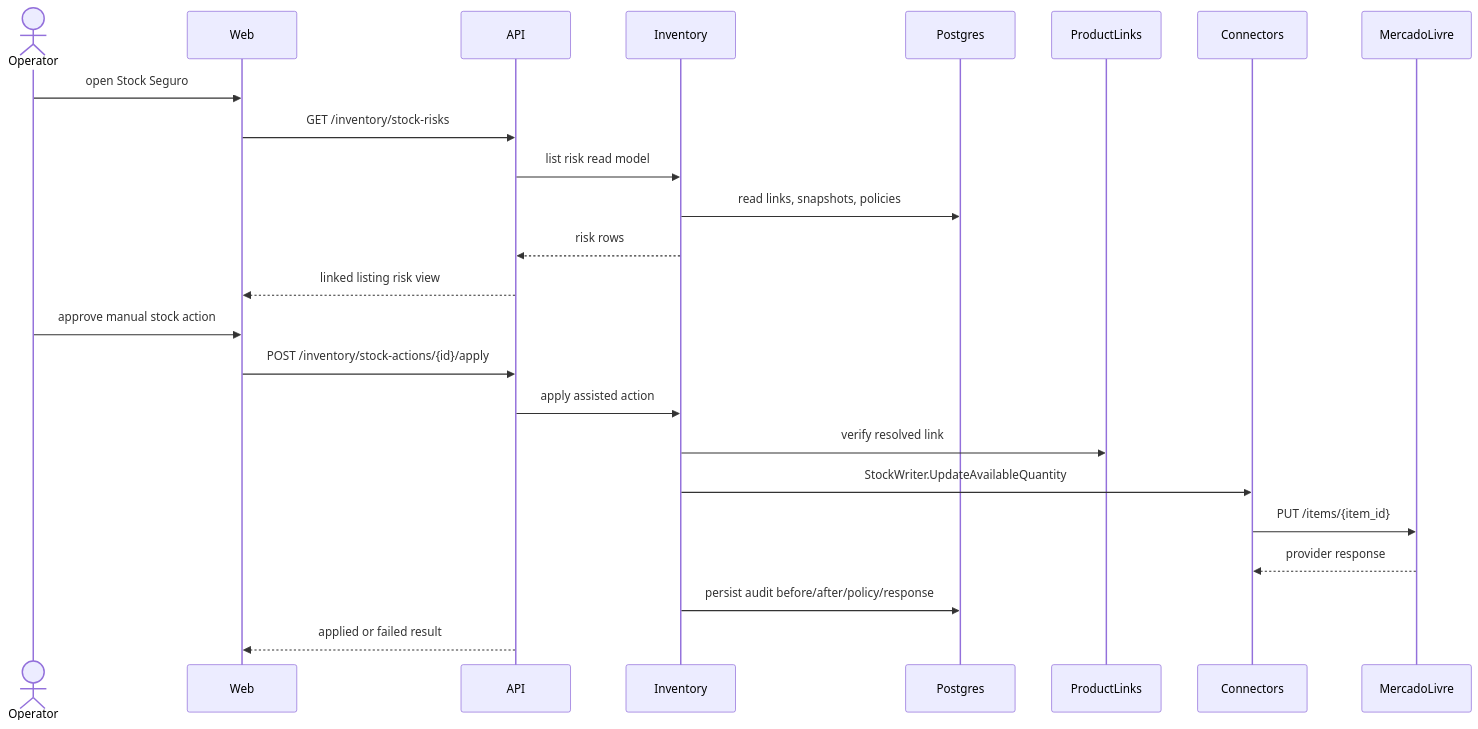
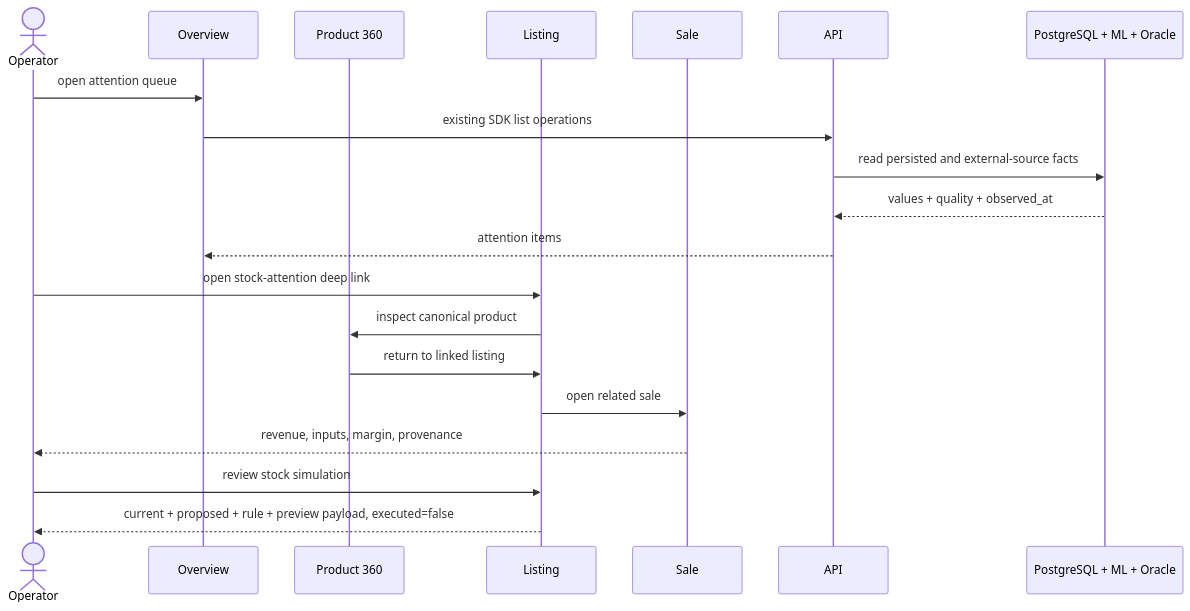
Before and after one commit to developmentconexus-ops/marketplace-central: the second of 4 diagrams in .mnfs/MIS-001-mercado-livre-operating-cockpit/architecture-map.md, drawn with Mermaid. The commit also changed other lines of this file and 26 other files, not shown here.

Commit message:
docs(mnfs): ready MVP roadmap

````diff
--- a/.mnfs/MIS-001-mercado-livre-operating-cockpit/architecture-map.md
+++ b/.mnfs/MIS-001-mercado-livre-operating-cockpit/architecture-map.md
@@ -34,19 +34,22 @@
 ```mermaid
 sequenceDiagram
   actor Operator
-  Operator->>Web: open Stock Seguro
-  Web->>API: GET /inventory/stock-risks
-  API->>Inventory: list risk read model
-  Inventory->>Postgres: read links, snapshots, policies
-  Inventory-->>API: risk rows
-  API-->>Web: linked listing risk view
-  Operator->>Web: approve manual stock action
-  Web->>API: POST /inventory/stock-actions/{id}/apply
-  API->>Inventory: apply assisted action
-  Inventory->>ProductLinks: verify resolved link
-  Inventory->>Connectors: StockWriter.UpdateAvailableQuantity
-  Connectors->>MercadoLivre: PUT /items/{item_id}
-  MercadoLivre-->>Connectors: provider response
-  Inventory->>Postgres: persist audit before/after/policy/response
-  API-->>Web: applied or failed result
+  participant Overview
+  participant Product as Product 360
+  participant Listing
+  participant Sale
+  participant API
+  participant Sources as PostgreSQL + ML + Oracle
+  Operator->>Overview: open attention queue
+  Overview->>API: existing SDK list operations
+  API->>Sources: read persisted and external-source facts
+  Sources-->>API: values + quality + observed_at
+  API-->>Overview: attention items
+  Operator->>Listing: open stock-attention deep link
+  Listing->>Product: inspect canonical product
+  Product->>Listing: return to linked listing
+  Listing->>Sale: open related sale
+  Sale-->>Operator: revenue, inputs, margin, provenance
+  Operator->>Listing: review stock simulation
+  Listing-->>Operator: current + proposed + rule + preview payload, executed=false
 ```
````
